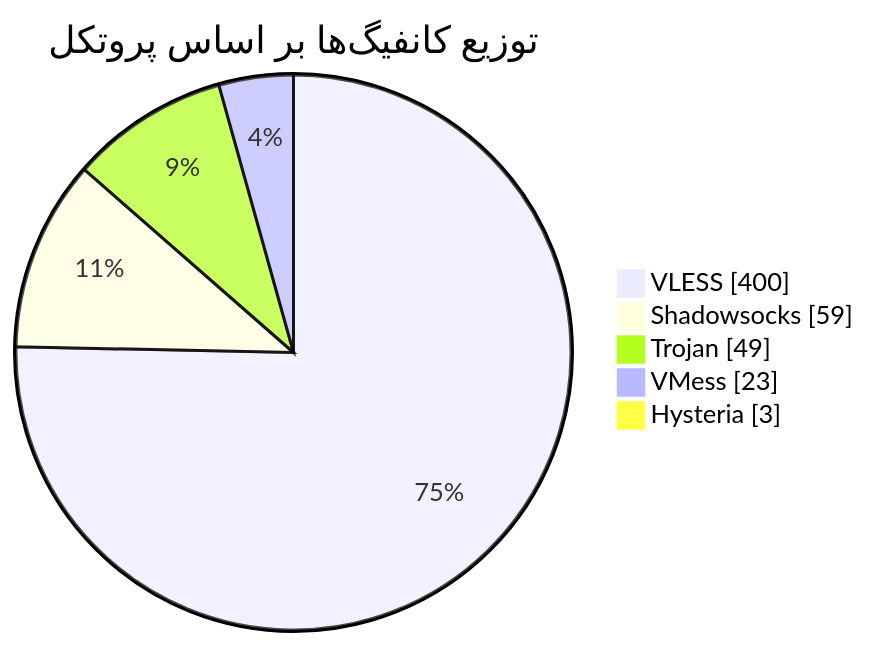
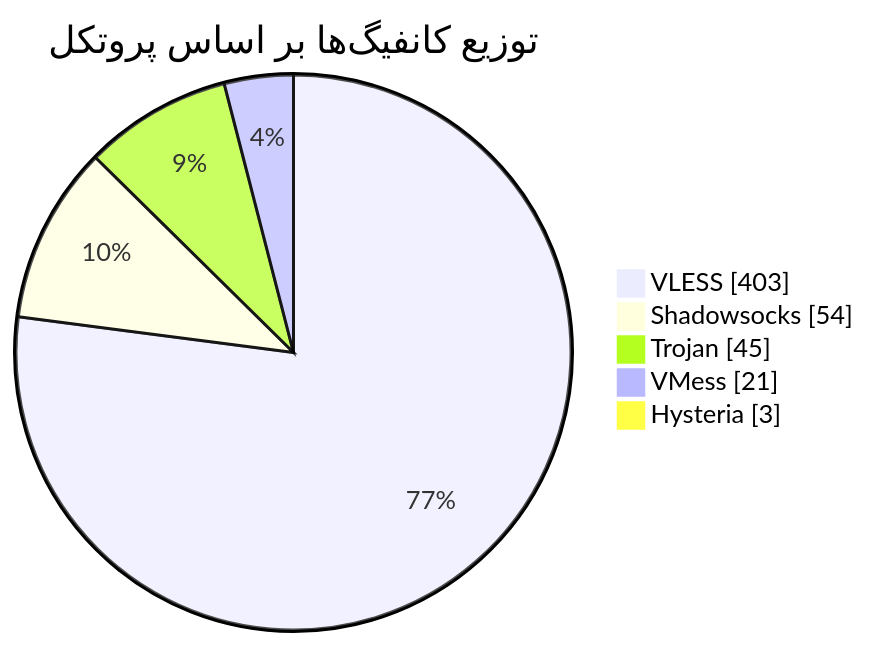
Before and after one commit to Arian-Alijani/Somthing: the diagram in README.md, drawn with Mermaid. The commit also changed other lines of this file and 67 other files, not shown here.

````diff
--- a/README.md
+++ b/README.md
@@ -47,9 +47,9 @@
 ```mermaid
 pie showData
     title توزیع کانفیگ‌ها بر اساس پروتکل
-    "VLESS" : 400
-    "Shadowsocks" : 59
-    "Trojan" : 49
-    "VMess" : 23
+    "VLESS" : 403
+    "Shadowsocks" : 54
+    "Trojan" : 45
+    "VMess" : 21
     "Hysteria" : 3
 ```
````
